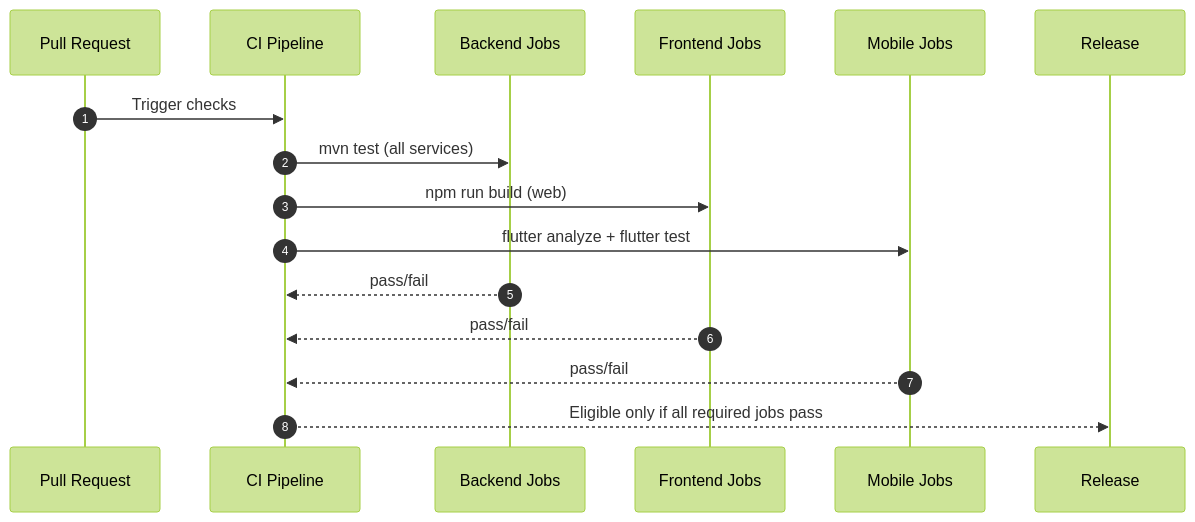
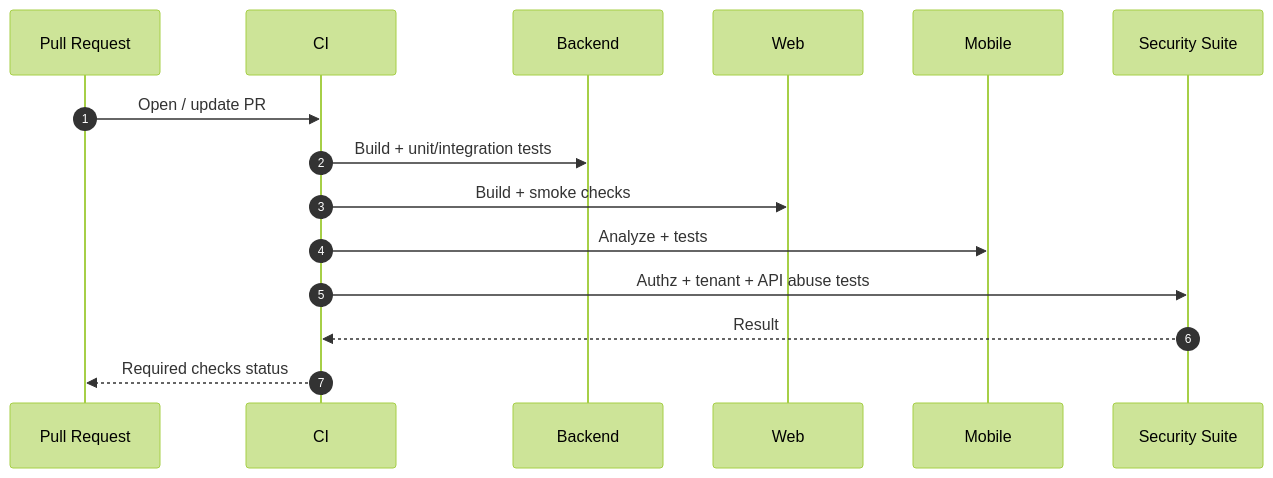
One commit to reiidoda/InvesteRei changed the second of 2 diagrams in docs/TEST_STRATEGY.md. Above: the diagram before and after it, drawn with Mermaid (forest theme). The commit also changed other lines of this file and 21 other files, not shown here.

Commit message:
docs: add enterprise architecture and engineering documentation suite

````diff
--- a/docs/TEST_STRATEGY.md
+++ b/docs/TEST_STRATEGY.md
@@ -54,19 +71,18 @@
 ```mermaid
 sequenceDiagram
   autonumber
   participant PR as Pull Request
-  participant CI as CI Pipeline
-  participant BE as Backend Jobs
-  participant FE as Frontend Jobs
-  participant MOB as Mobile Jobs
-  participant REL as Release
+  participant CI as CI
+  participant BE as Backend
+  participant FE as Web
+  participant MOB as Mobile
+  participant SEC as Security Suite
 
-  PR->>CI: Trigger checks
-  CI->>BE: mvn test (all services)
-  CI->>FE: npm run build (web)
-  CI->>MOB: flutter analyze + flutter test
-  BE-->>CI: pass/fail
-  FE-->>CI: pass/fail
-  MOB-->>CI: pass/fail
-  CI-->>REL: Eligible only if all required jobs pass
+  PR->>CI: Open / update PR
+  CI->>BE: Build + unit/integration tests
+  CI->>FE: Build + smoke checks
+  CI->>MOB: Analyze + tests
+  CI->>SEC: Authz + tenant + API abuse tests
+  SEC-->>CI: Result
+  CI-->>PR: Required checks status
 ```
````
